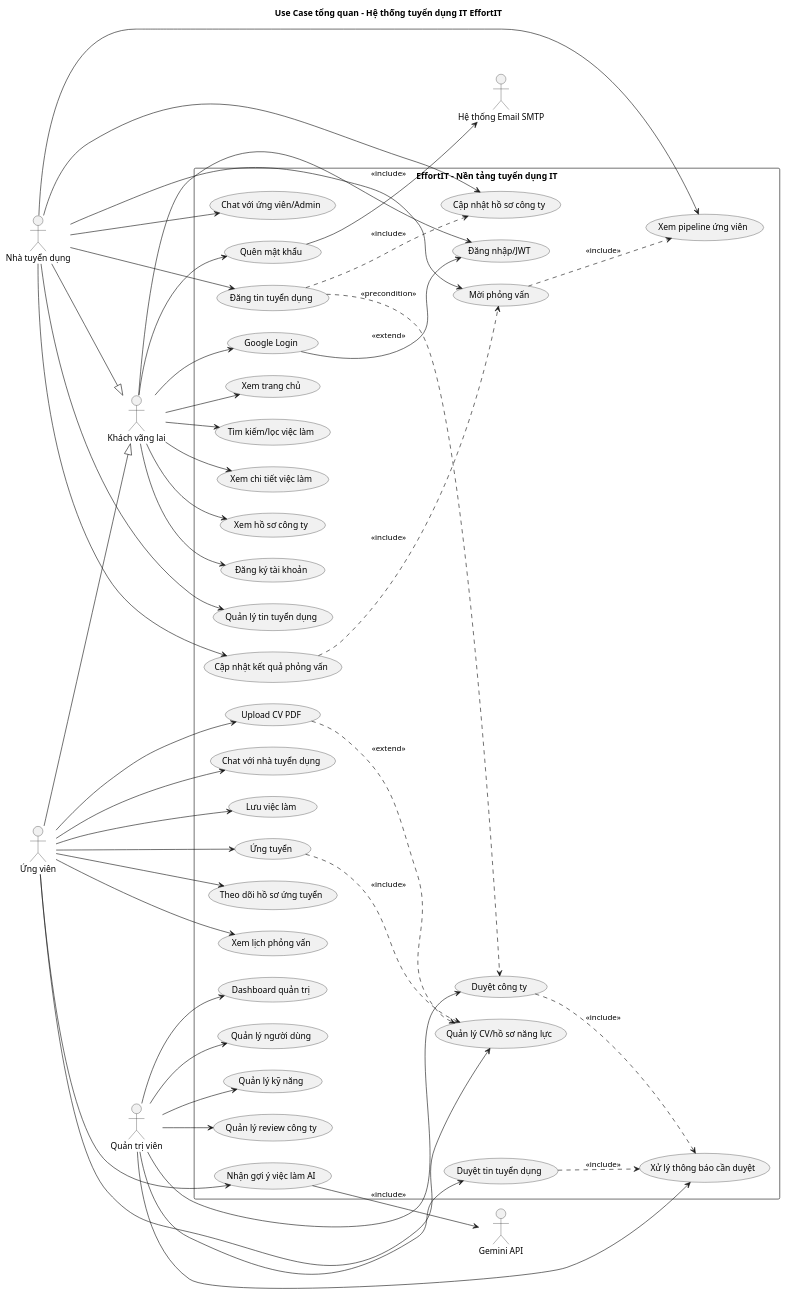
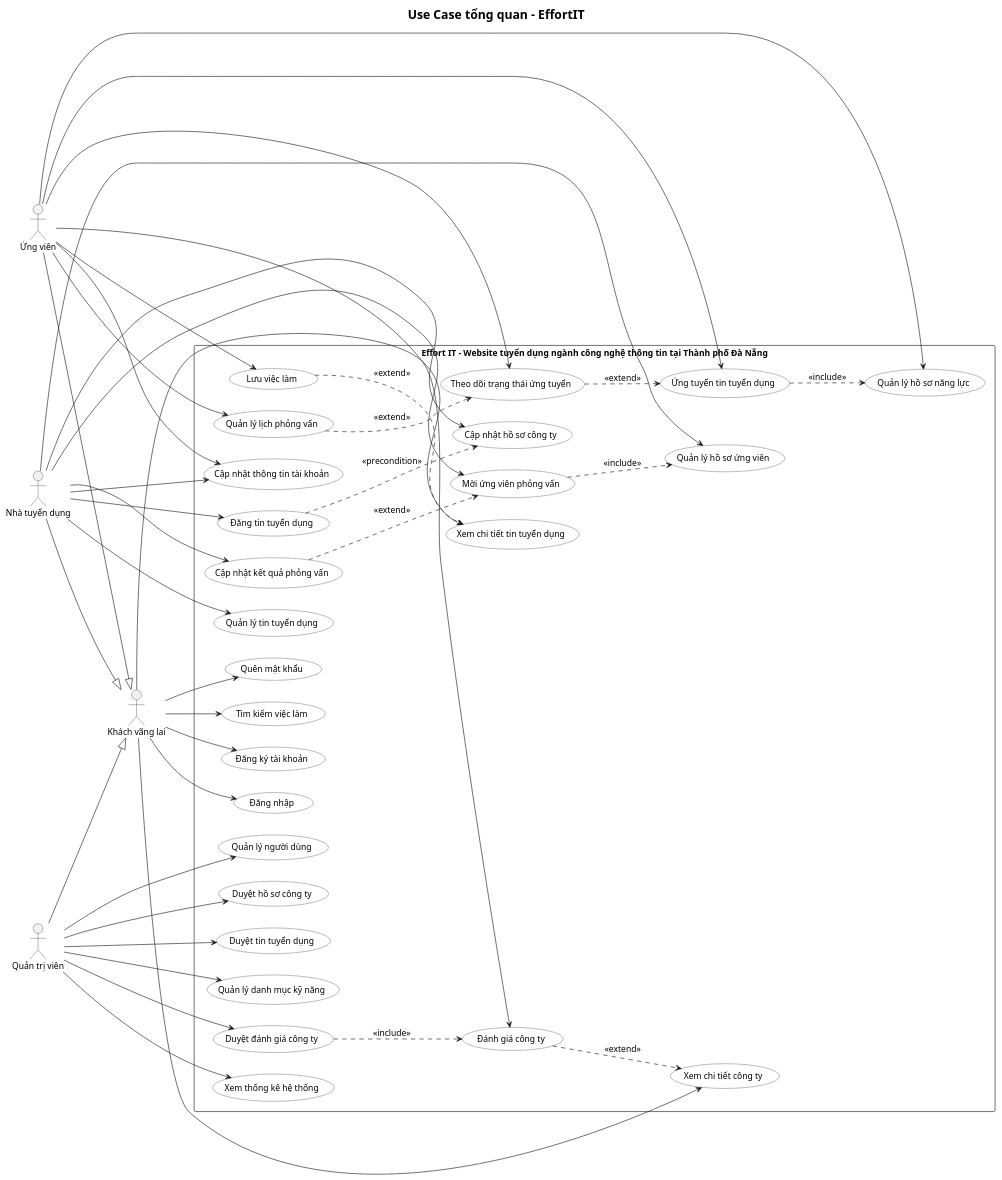
Before and after one commit to hole-six/DoAn: the diagram in docs/so-do/01-usecase/01-usecase-tong-quan.puml, drawn with PlantUML. The commit also changed other lines of this file and 201 other files, not shown here.

```diff
--- a/docs/so-do/01-usecase/01-usecase-tong-quan.puml
+++ b/docs/so-do/01-usecase/01-usecase-tong-quan.puml
@@ -1,99 +1,95 @@
 @startuml
+skinparam defaultFontName "Segoe UI"
+skinparam titleFontName "Segoe UI"
+skinparam defaultFontSize 14
+skinparam titleFontSize 20
 left to right direction
 skinparam shadowing false
 skinparam packageStyle rectangle
 skinparam actorStyle stick
-title Use Case tổng quan - Hệ thống tuyển dụng IT EffortIT
+skinparam usecase {
+  BackgroundColor White
+  BorderColor #222222
+}
+title Use Case tổng quan - EffortIT
 
 actor "Khách vãng lai" as Guest
 actor "Ứng viên" as Candidate
 actor "Nhà tuyển dụng" as Employer
 actor "Quản trị viên" as Admin
-actor "Gemini API" as Gemini
-actor "Hệ thống Email SMTP" as Mail
 
 Candidate --|> Guest
 Employer --|> Guest
+Admin --|> Guest
 
-rectangle "EffortIT - Nền tảng tuyển dụng IT" {
-  usecase "Xem trang chủ" as UC_Home
-  usecase "Tìm kiếm/lọc việc làm" as UC_SearchJob
-  usecase "Xem chi tiết việc làm" as UC_JobDetail
-  usecase "Xem hồ sơ công ty" as UC_Company
+rectangle "Effort IT - Website tuyển dụng ngành công nghệ thông tin tại Thành phố Đà Nẵng" {
+  usecase "Tìm kiếm việc làm" as UC_SearchJob
+  usecase "Xem chi tiết tin tuyển dụng" as UC_JobDetail
+  usecase "Xem chi tiết công ty" as UC_CompanyDetail
   usecase "Đăng ký tài khoản" as UC_Register
-  usecase "Đăng nhập/JWT" as UC_Login
-  usecase "Google Login" as UC_Google
+  usecase "Đăng nhập" as UC_Login
   usecase "Quên mật khẩu" as UC_Forgot
 
-  usecase "Quản lý CV/hồ sơ năng lực" as UC_CV
-  usecase "Upload CV PDF" as UC_UploadCV
+  usecase "Cập nhật thông tin tài khoản" as UC_UpdateAccount
+  usecase "Quản lý hồ sơ năng lực" as UC_Profile
   usecase "Lưu việc làm" as UC_SaveJob
-  usecase "Ứng tuyển" as UC_Apply
-  usecase "Theo dõi hồ sơ ứng tuyển" as UC_Track
-  usecase "Xem lịch phỏng vấn" as UC_CandidateInterview
-  usecase "Chat với nhà tuyển dụng" as UC_CandidateChat
-  usecase "Nhận gợi ý việc làm AI" as UC_AIRecommend
+  usecase "Ứng tuyển tin tuyển dụng" as UC_Apply
+  usecase "Theo dõi trạng thái ứng tuyển" as UC_TrackApplication
+  usecase "Quản lý lịch phỏng vấn" as UC_CandidateInterview
+  usecase "Đánh giá công ty" as UC_CompanyReview
 
   usecase "Cập nhật hồ sơ công ty" as UC_UpdateCompany
   usecase "Đăng tin tuyển dụng" as UC_PostJob
   usecase "Quản lý tin tuyển dụng" as UC_ManageJob
-  usecase "Xem pipeline ứng viên" as UC_Pipeline
-  usecase "Mời phỏng vấn" as UC_Schedule
-  usecase "Cập nhật kết quả phỏng vấn" as UC_Result
-  usecase "Chat với ứng viên/Admin" as UC_EmployerChat
+  usecase "Quản lý hồ sơ ứng viên" as UC_ManageApplications
+  usecase "Mời ứng viên phỏng vấn" as UC_InviteInterview
+  usecase "Cập nhật kết quả phỏng vấn" as UC_UpdateInterviewResult
 
-  usecase "Dashboard quản trị" as UC_AdminDashboard
-  usecase "Quản lý người dùng" as UC_Users
-  usecase "Duyệt công ty" as UC_ApproveCompany
+  usecase "Quản lý người dùng" as UC_ManageUsers
+  usecase "Duyệt hồ sơ công ty" as UC_ApproveCompany
   usecase "Duyệt tin tuyển dụng" as UC_ApproveJob
-  usecase "Quản lý kỹ năng" as UC_Skills
-  usecase "Quản lý review công ty" as UC_Reviews
-  usecase "Xử lý thông báo cần duyệt" as UC_AdminNotify
+  usecase "Quản lý danh mục kỹ năng" as UC_ManageSkills
+  usecase "Duyệt đánh giá công ty" as UC_ApproveReview
+  usecase "Xem thống kê hệ thống" as UC_Stats
 }
 
-Guest --> UC_Home
 Guest --> UC_SearchJob
 Guest --> UC_JobDetail
-Guest --> UC_Company
+Guest --> UC_CompanyDetail
 Guest --> UC_Register
 Guest --> UC_Login
-Guest --> UC_Google
 Guest --> UC_Forgot
 
-Candidate --> UC_CV
-Candidate --> UC_UploadCV
+Candidate --> UC_UpdateAccount
+Candidate --> UC_Profile
 Candidate --> UC_SaveJob
 Candidate --> UC_Apply
-Candidate --> UC_Track
+Candidate --> UC_TrackApplication
 Candidate --> UC_CandidateInterview
-Candidate --> UC_CandidateChat
-Candidate --> UC_AIRecommend
+Candidate --> UC_CompanyReview
 
+Employer --> UC_UpdateAccount
 Employer --> UC_UpdateCompany
 Employer --> UC_PostJob
 Employer --> UC_ManageJob
-Employer --> UC_Pipeline
-Employer --> UC_Schedule
-Employer --> UC_Result
-Employer --> UC_EmployerChat
+Employer --> UC_ManageApplications
+Employer --> UC_InviteInterview
+Employer --> UC_UpdateInterviewResult
 
-Admin --> UC_AdminDashboard
-Admin --> UC_Users
+Admin --> UC_ManageUsers
 Admin --> UC_ApproveCompany
 Admin --> UC_ApproveJob
-Admin --> UC_Skills
-Admin --> UC_Reviews
-Admin --> UC_AdminNotify
+Admin --> UC_ManageSkills
+Admin --> UC_ApproveReview
+Admin --> UC_Stats
 
-UC_Forgot --> Mail : <<include>>
-UC_Google --> UC_Login : <<extend>>
-UC_UploadCV ..> UC_CV : <<extend>>
-UC_Apply ..> UC_CV : <<include>>
-UC_PostJob ..> UC_UpdateCompany : <<include>>
-UC_PostJob ..> UC_ApproveCompany : <<precondition>>
-UC_Schedule ..> UC_Pipeline : <<include>>
-UC_Result ..> UC_Schedule : <<include>>
-UC_AIRecommend --> Gemini : <<include>>
-UC_ApproveCompany ..> UC_AdminNotify : <<include>>
-UC_ApproveJob ..> UC_AdminNotify : <<include>>
+UC_Apply ..> UC_Profile : <<include>>
+UC_SaveJob ..> UC_JobDetail : <<extend>>
+UC_CompanyReview ..> UC_CompanyDetail : <<extend>>
+UC_TrackApplication ..> UC_Apply : <<extend>>
+UC_CandidateInterview ..> UC_TrackApplication : <<extend>>
+UC_PostJob ..> UC_UpdateCompany : <<precondition>>
+UC_InviteInterview ..> UC_ManageApplications : <<include>>
+UC_UpdateInterviewResult ..> UC_InviteInterview : <<extend>>
+UC_ApproveReview ..> UC_CompanyReview : <<include>>
 @enduml
```
